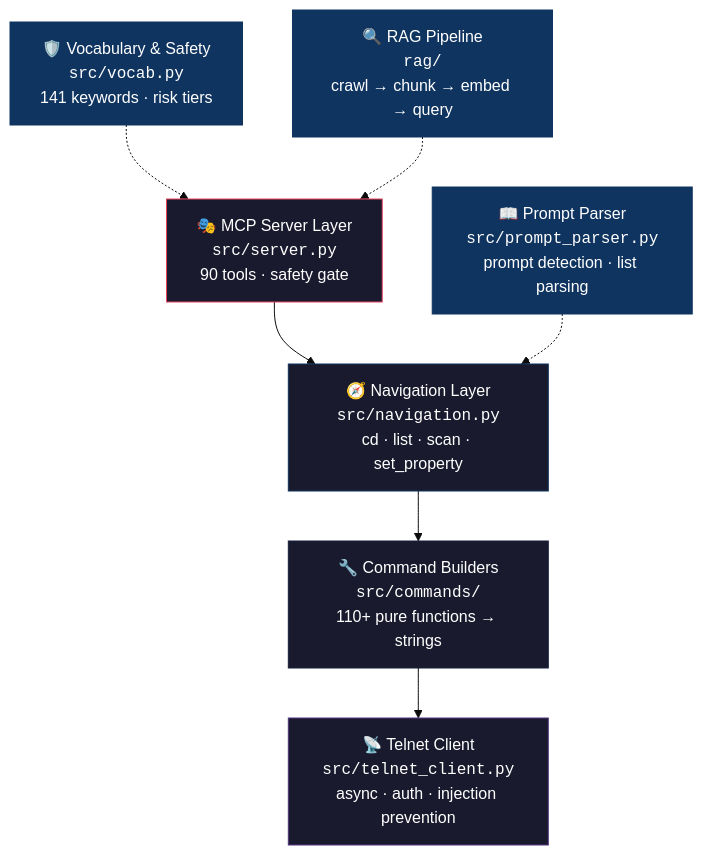
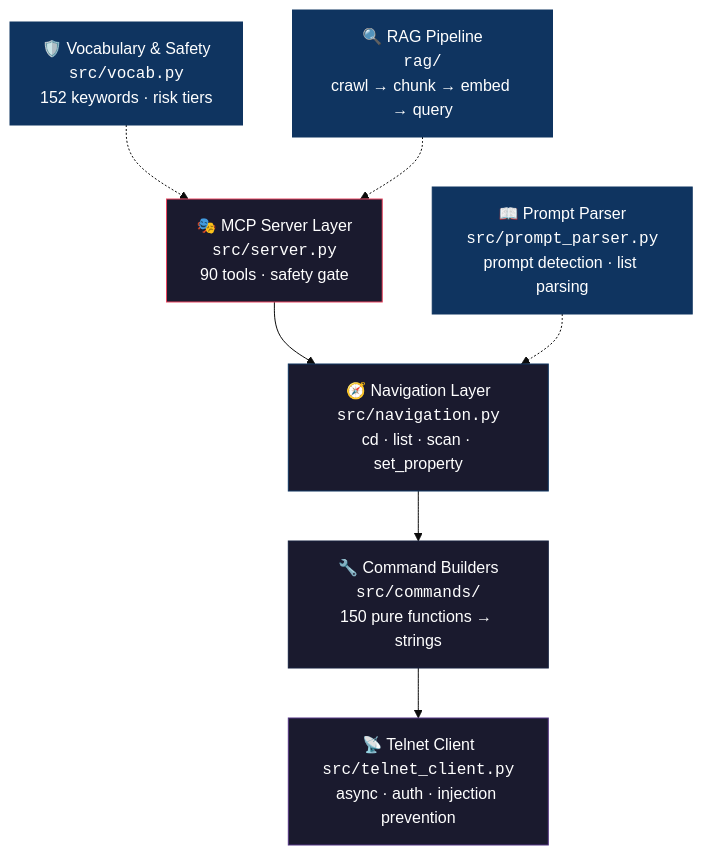
Before and after one commit to thisis-romar/ma2-onPC-MCP: the first of 3 diagrams in README.md, drawn with Mermaid (base theme). The commit also changed other lines of this file and 8 other files, not shown here.

First line of the commit message:
docs: audit all markdown — fix stale metrics (150 builders, 152 keywords, 1498 tests)

````diff
--- a/README.md
+++ b/README.md
@@ -55,19 +55,19 @@
 ```mermaid
 graph TD
     A["🎭 MCP Server Layer<br/><code>src/server.py</code><br/>90 tools · safety gate"] --> B
     B["🧭 Navigation Layer<br/><code>src/navigation.py</code><br/>cd · list · scan · set_property"] --> C
-    C["🔧 Command Builders<br/><code>src/commands/</code><br/>110+ pure functions → strings"] --> D
+    C["🔧 Command Builders<br/><code>src/commands/</code><br/>150 pure functions → strings"] --> D
     D["📡 Telnet Client<br/><code>src/telnet_client.py</code><br/>async · auth · injection prevention"]
 
     E["📖 Prompt Parser<br/><code>src/prompt_parser.py</code><br/>prompt detection · list parsing"] -.-> B
-    F["🛡️ Vocabulary & Safety<br/><code>src/vocab.py</code><br/>141 keywords · risk tiers"] -.-> A
+    F["🛡️ Vocabulary & Safety<br/><code>src/vocab.py</code><br/>152 keywords · risk tiers"] -.-> A
     G["🔍 RAG Pipeline<br/><code>rag/</code><br/>crawl → chunk → embed → query"] -.-> A
 
     style A fill:#1a1a2e,stroke:#e94560,color:#fff
     style B fill:#1a1a2e,stroke:#0f3460,color:#fff
     style C fill:#1a1a2e,stroke:#16213e,color:#fff
     style D fill:#1a1a2e,stroke:#533483,color:#fff
     style E fill:#0f3460,stroke:#0f3460,color:#fff
     style F fill:#0f3460,stroke:#0f3460,color:#fff
     style G fill:#0f3460,stroke:#0f3460,color:#fff
 ```
````
